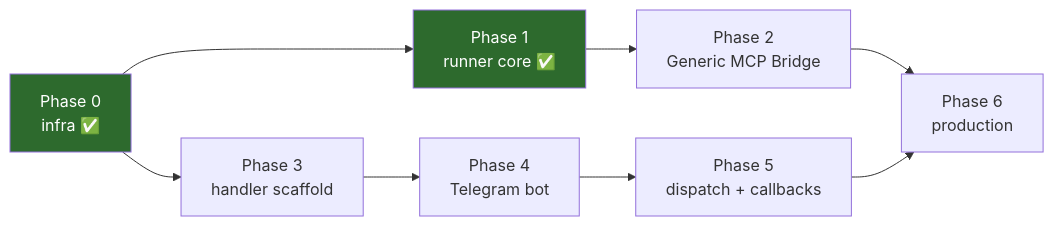
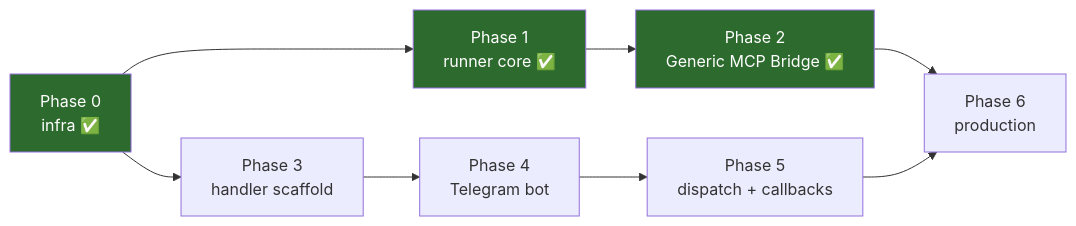
The fourth of 6 diagrams in docs/mvp/roadmap.md (fixcik/gh-automation), drawn with Mermaid before and after one commit. The commit also changed other lines of this file and 20 other files, not shown here.

First line of the commit message:
feat(phase-2): implement generic MCP-NATS bridge with dynamic tools

````diff
--- a/docs/mvp/roadmap.md
+++ b/docs/mvp/roadmap.md
@@ -190,13 +190,14 @@
 ```mermaid
 graph LR
     P0["Phase 0<br/>infra ✅"] --> P1["Phase 1<br/>runner core ✅"]
     P0 --> P3["Phase 3<br/>handler scaffold"]
-    P1 --> P2["Phase 2<br/>Generic MCP Bridge"]
+    P1 --> P2["Phase 2<br/>Generic MCP Bridge ✅"]
     P3 --> P4["Phase 4<br/>Telegram bot"]
     P4 --> P5["Phase 5<br/>dispatch + callbacks"]
     P2 --> P6["Phase 6<br/>production"]
     P5 --> P6
 
     style P0 fill:#2d6a2d,color:#fff
     style P1 fill:#2d6a2d,color:#fff
+    style P2 fill:#2d6a2d,color:#fff
 ```
````
